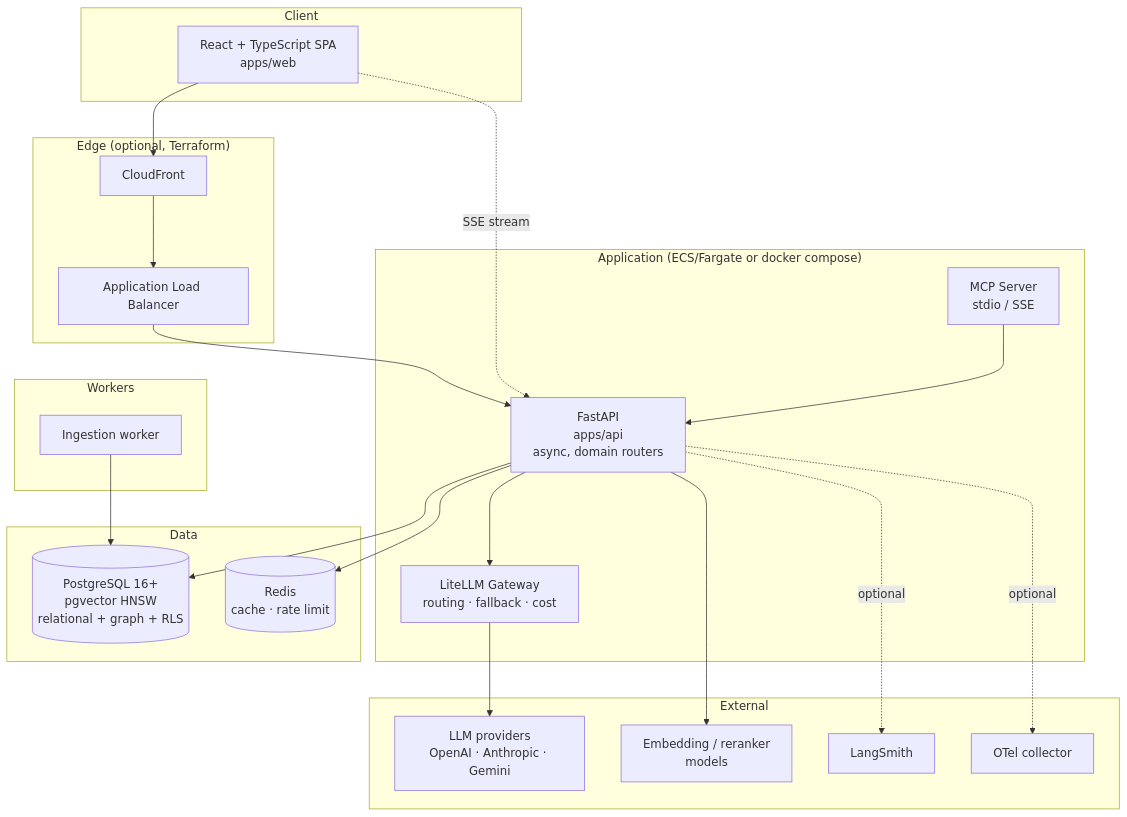
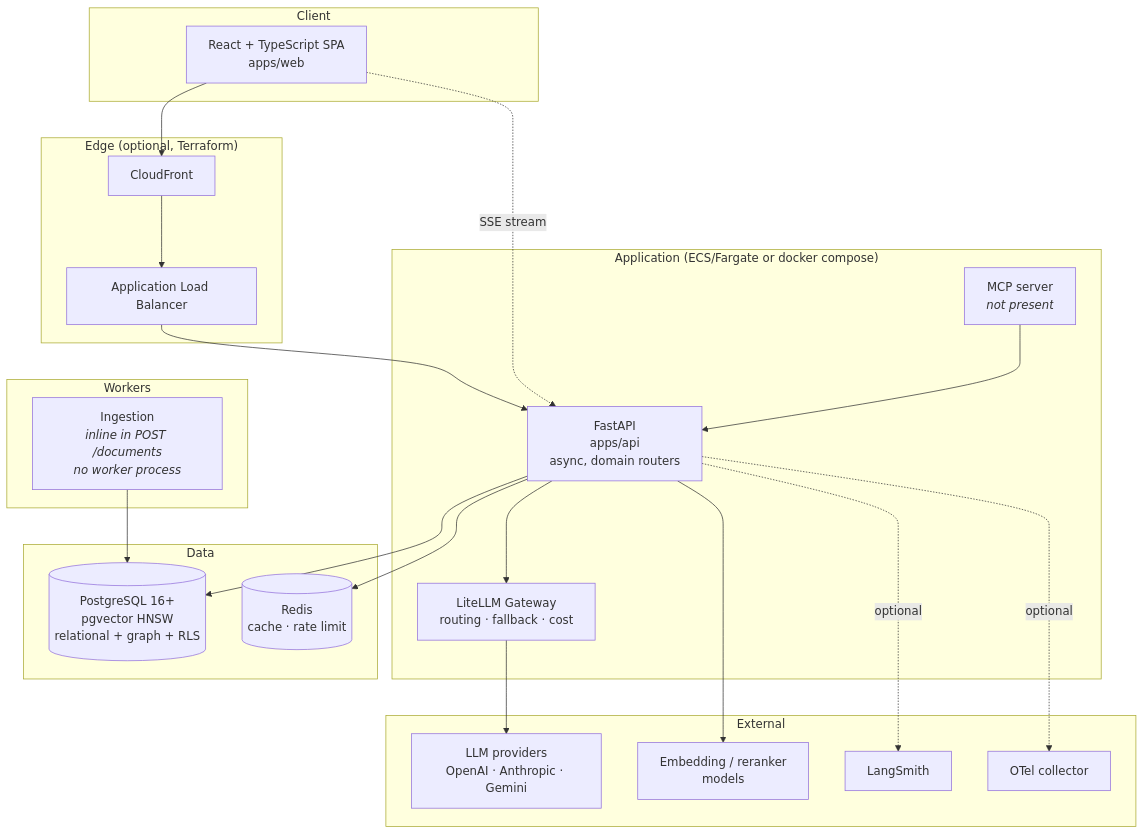
Before and after one commit to irajput215/coursellm2: the first of 3 diagrams in docs/architecture/system.md, drawn with Mermaid. The commit also changed 20 other files, not shown here.

First line of the commit message:
docs: rewrite the README with twelve verified diagrams and fix the doc drift it exposed (#28)

````diff
--- a/docs/architecture/system.md
+++ b/docs/architecture/system.md
@@ -43,45 +43,45 @@
 ```mermaid
 flowchart TB
     subgraph Client
         WEB["React + TypeScript SPA<br/>apps/web"]
     end
 
     subgraph Edge["Edge (optional, Terraform)"]
         CF["CloudFront"]
         ALB["Application Load Balancer"]
     end
 
     subgraph App["Application (ECS/Fargate or docker compose)"]
         API["FastAPI<br/>apps/api<br/>async, domain routers"]
         LLMGW["LiteLLM Gateway<br/>routing · fallback · cost"]
-        MCP["MCP Server<br/>stdio / SSE"]
+        MCP["MCP server<br/><i>not present</i>"]
     end
 
     subgraph Workers
-        IDX["Ingestion worker"]
+        IDX["Ingestion<br/><i>inline in POST /documents<br/>no worker process</i>"]
     end
 
     subgraph Data
         PG[("PostgreSQL 16+<br/>pgvector HNSW<br/>relational + graph + RLS")]
         REDIS[("Redis<br/>cache · rate limit")]
     end
 
     subgraph External
         PROVIDERS["LLM providers<br/>OpenAI · Anthropic · Gemini"]
         EMB["Embedding / reranker<br/>models"]
         LS["LangSmith"]
         OTLP["OTel collector"]
     end
 
     WEB --> CF --> ALB --> API
     WEB -. "SSE stream" .-> API
     API --> LLMGW
     API --> PG
     API --> REDIS
     MCP --> API
     IDX --> PG
     LLMGW --> PROVIDERS
     API --> EMB
     API -. "optional" .-> LS
     API -. "optional" .-> OTLP
 ```
````
